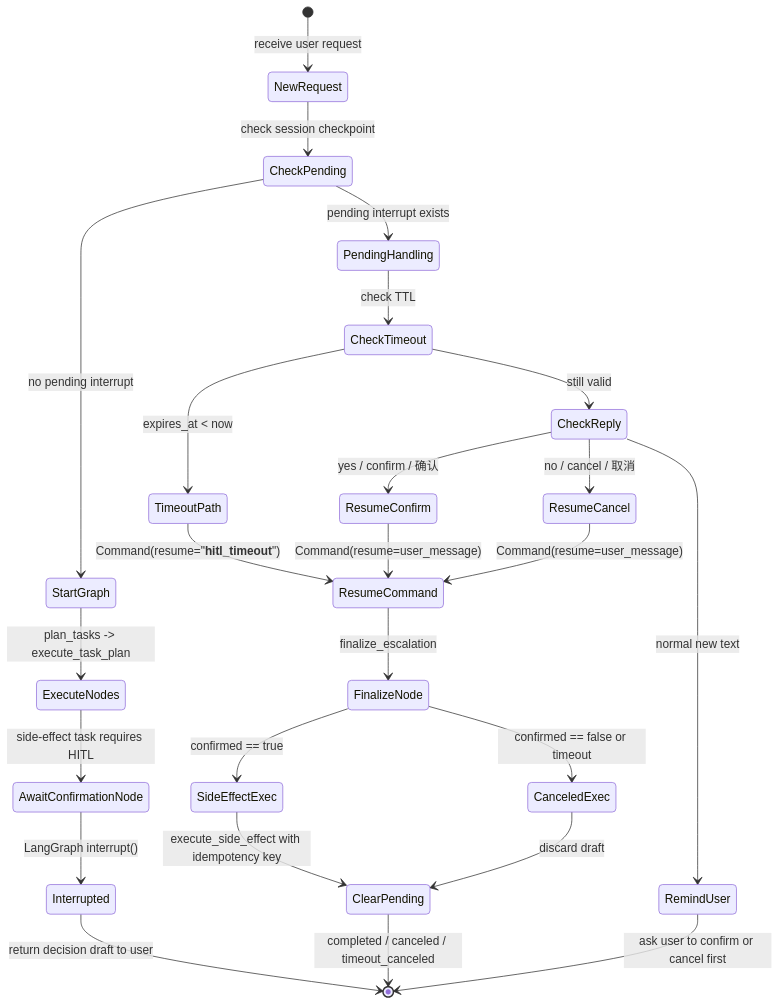
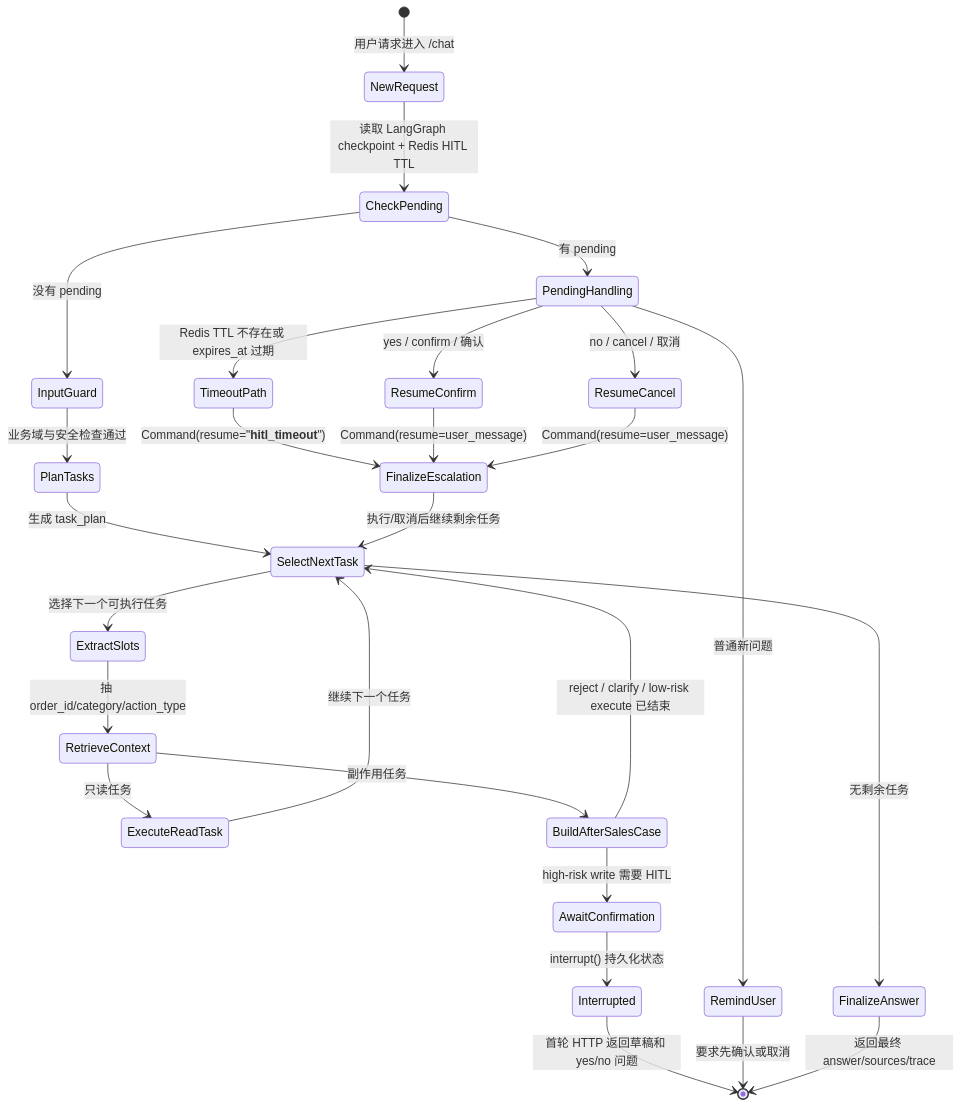
One commit to bigfish-emily/commerce-support-agent changed the diagram in docs/diagrams/hitl_resume_state.mmd. Above: the diagram before and after it, drawn with Mermaid. The commit also changed 24 other files, not shown here.

```diff
--- a/docs/diagrams/hitl_resume_state.mmd
+++ b/docs/diagrams/hitl_resume_state.mmd
@@ -1,32 +1,29 @@
 stateDiagram-v2
-    [*] --> NewRequest: receive user request
+    [*] --> NewRequest: 用户请求进入 /chat
+    NewRequest --> CheckPending: 读取 LangGraph checkpoint + Redis HITL TTL
+    CheckPending --> InputGuard: 没有 pending
+    CheckPending --> PendingHandling: 有 pending
+    PendingHandling --> TimeoutPath: Redis TTL 不存在或 expires_at 过期
+    PendingHandling --> ResumeConfirm: yes / confirm / 确认
+    PendingHandling --> ResumeCancel: no / cancel / 取消
+    PendingHandling --> RemindUser: 普通新问题
 
-    NewRequest --> CheckPending: check session checkpoint
-    CheckPending --> StartGraph: no pending interrupt
-    CheckPending --> PendingHandling: pending interrupt exists
+    InputGuard --> PlanTasks: 业务域与安全检查通过
+    PlanTasks --> SelectNextTask: 生成 task_plan
+    SelectNextTask --> ExtractSlots: 选择下一个可执行任务
+    ExtractSlots --> RetrieveContext: 抽 order_id/category/action_type
+    RetrieveContext --> ExecuteReadTask: 只读任务
+    ExecuteReadTask --> SelectNextTask: 继续下一个任务
+    RetrieveContext --> BuildAfterSalesCase: 副作用任务
+    BuildAfterSalesCase --> SelectNextTask: reject / clarify / low-risk execute 已结束
+    BuildAfterSalesCase --> AwaitConfirmation: high-risk write 需要 HITL
+    AwaitConfirmation --> Interrupted: interrupt() 持久化状态
+    Interrupted --> [*]: 首轮 HTTP 返回草稿和 yes/no 问题
 
-    PendingHandling --> CheckTimeout: check TTL
-    CheckTimeout --> TimeoutPath: expires_at < now
-    CheckTimeout --> CheckReply: still valid
-
-    CheckReply --> ResumeConfirm: yes / confirm / 确认
-    CheckReply --> ResumeCancel: no / cancel / 取消
-    CheckReply --> RemindUser: normal new text
-
-    StartGraph --> ExecuteNodes: plan_tasks -> execute_task_plan
-    ExecuteNodes --> AwaitConfirmationNode: side-effect task requires HITL
-    AwaitConfirmationNode --> Interrupted: LangGraph interrupt()
-    Interrupted --> [*]: return decision draft to user
-
-    TimeoutPath --> ResumeCommand: Command(resume="__hitl_timeout__")
-    ResumeConfirm --> ResumeCommand: Command(resume=user_message)
-    ResumeCancel --> ResumeCommand: Command(resume=user_message)
-
-    ResumeCommand --> FinalizeNode: finalize_escalation
-    RemindUser --> [*]: ask user to confirm or cancel first
-
-    FinalizeNode --> SideEffectExec: confirmed == true
-    FinalizeNode --> CanceledExec: confirmed == false or timeout
-    SideEffectExec --> ClearPending: execute_side_effect with idempotency key
-    CanceledExec --> ClearPending: discard draft
-    ClearPending --> [*]: completed / canceled / timeout_canceled
+    TimeoutPath --> FinalizeEscalation: Command(resume="__hitl_timeout__")
+    ResumeConfirm --> FinalizeEscalation: Command(resume=user_message)
+    ResumeCancel --> FinalizeEscalation: Command(resume=user_message)
+    RemindUser --> [*]: 要求先确认或取消
+    FinalizeEscalation --> SelectNextTask: 执行/取消后继续剩余任务
+    SelectNextTask --> FinalizeAnswer: 无剩余任务
+    FinalizeAnswer --> [*]: 返回最终 answer/sources/trace
```
